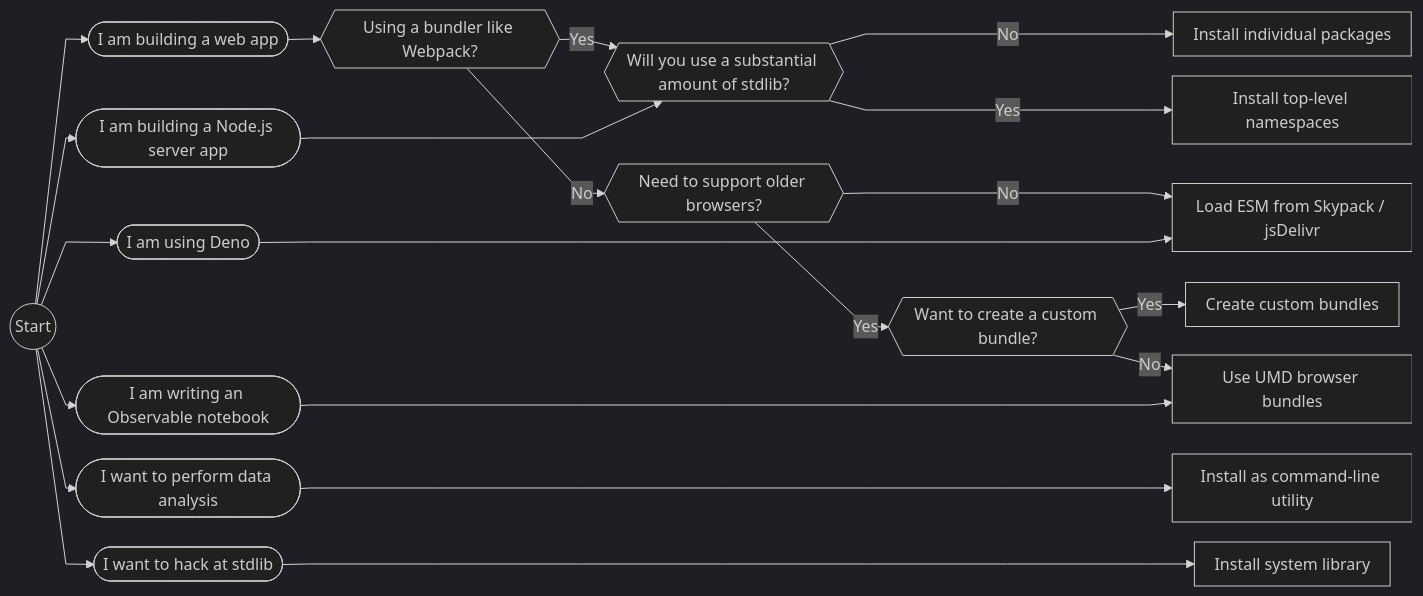
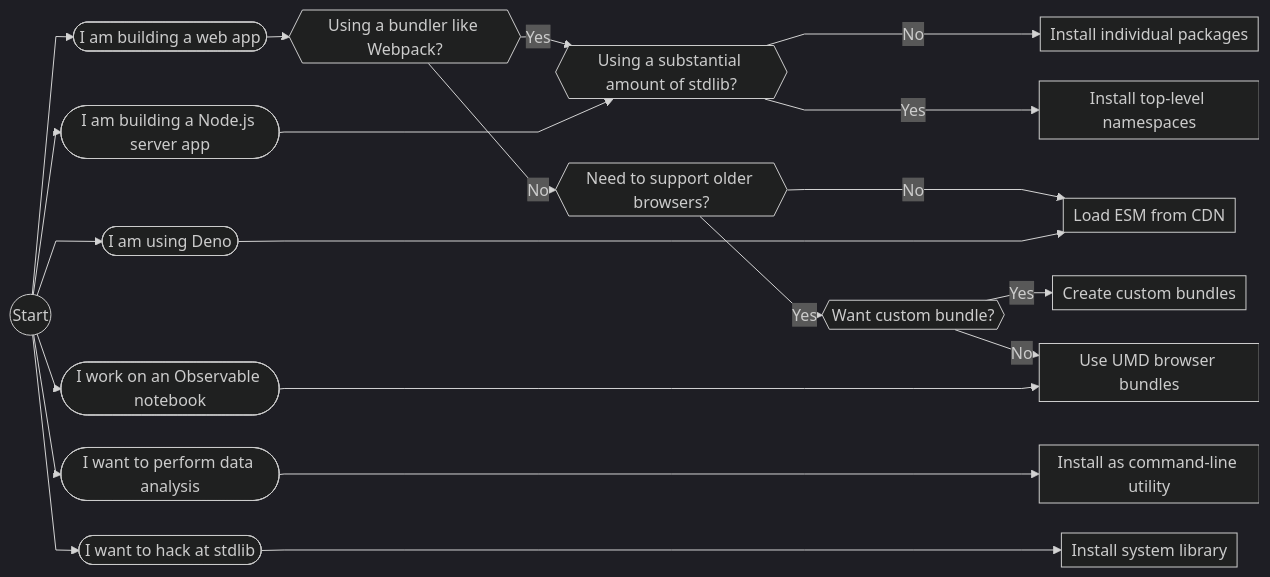
Before and after one commit to stdlib-js/stdlib: the diagram in README.md, drawn with Mermaid.

Commit message:
Update diagram

````diff
--- a/README.md
+++ b/README.md
@@ -191,48 +191,48 @@
 ```mermaid
-%%{init: { 'logLevel': 'debug', 'theme': 'dark', 'flowchart': { 'nodeSpacing': 20, 'rankSpacing': 20, 'useMaxWidth': false, 'defaultRenderer': 'dagre-wrapper', 'padding': 10, 'diagramPadding': 0, 'htmlLabels': true, 'curve': 'linear' } } }%%
+%%{init: { 'logLevel': 'debug', 'theme': 'dark', 'flowchart': { 'nodeSpacing': 30, 'rankSpacing': 10, 'useMaxWidth': true, 'defaultRenderer': 'dagre-d3', 'padding': 5, 'diagramPadding': 0, 'htmlLabels': true, 'curve': 'linear' } } }%%
 graph LR
     Z((Start))
 
     A([I want to perform data analysis])
     B([I am building a web app])
     B1{{Using a bundler like Webpack?}}
     B2{{Need to support older browsers?}}
-    B3{{Want to create a custom bundle?}}
+    B3{{Want custom bundle?}}
     C([I am building a Node.js server app])
-    C1{{Will you use a substantial amount of stdlib?}}
+    C1{{Using a substantial amount of stdlib?}}
     D([I am using Deno])
-    E([I am writing an Observable notebook])
+    E([I work on an Observable notebook])
     F([I want to hack at stdlib])
 
     G[Install as command-line utility]
     H[Install individual packages]
     I[Create custom bundles]
     J[Use UMD browser bundles]
     K[Install system library]
     L[Install top-level namespaces]
-    M[Load ESM from Skypack / jsDelivr]
+    M[Load ESM from CDN]
 
     Z --> B --> B1
     B1 -- Yes --> C1
     B1 -- No --> B2
     B2 -- No --> M
     B2 -- Yes --> B3
     B3 -- Yes --> I
     B3 -- No --> J
 
     Z --> C ---> C1
     C1 -- No ---> H
     C1 -- Yes ---> L
 
     Z --> D -----> M
     Z --> A -----> G
     Z --> F -----> K
     Z --> E -----> J
 
     click G href "https://github.com/stdlib-js/stdlib/tree/user-stories-diagram#command-line-utility"
     click H href "https://github.com/stdlib-js/stdlib/tree/user-stories-diagram#individual-packages"
     click I href "https://github.com/stdlib-js/stdlib/tree/user-stories-diagram#custom-bundles"
     click J href "https://github.com/stdlib-js/stdlib/tree/user-stories-diagram#browser-bundles"
     click L href "https://github.com/stdlib-js/stdlib/tree/user-stories-diagram#namespaces"
     click K href "https://github.com/stdlib-js/stdlib/tree/user-stories-diagram#system-library"
  ```
````
